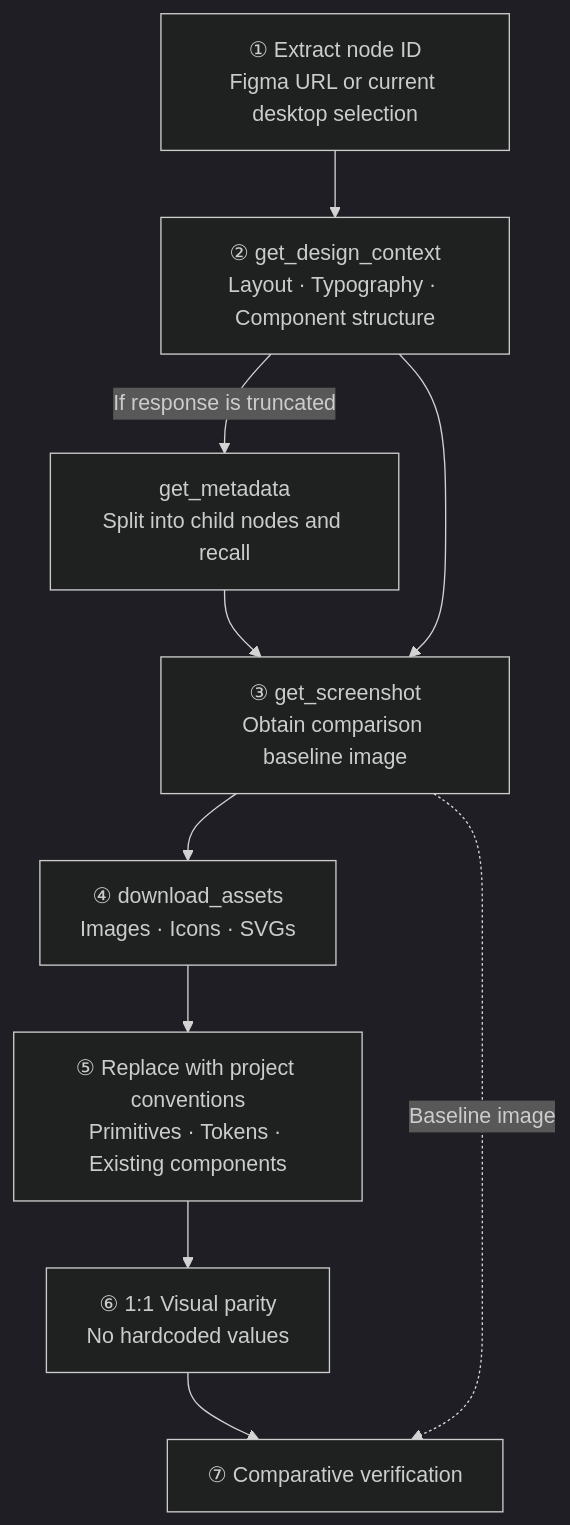
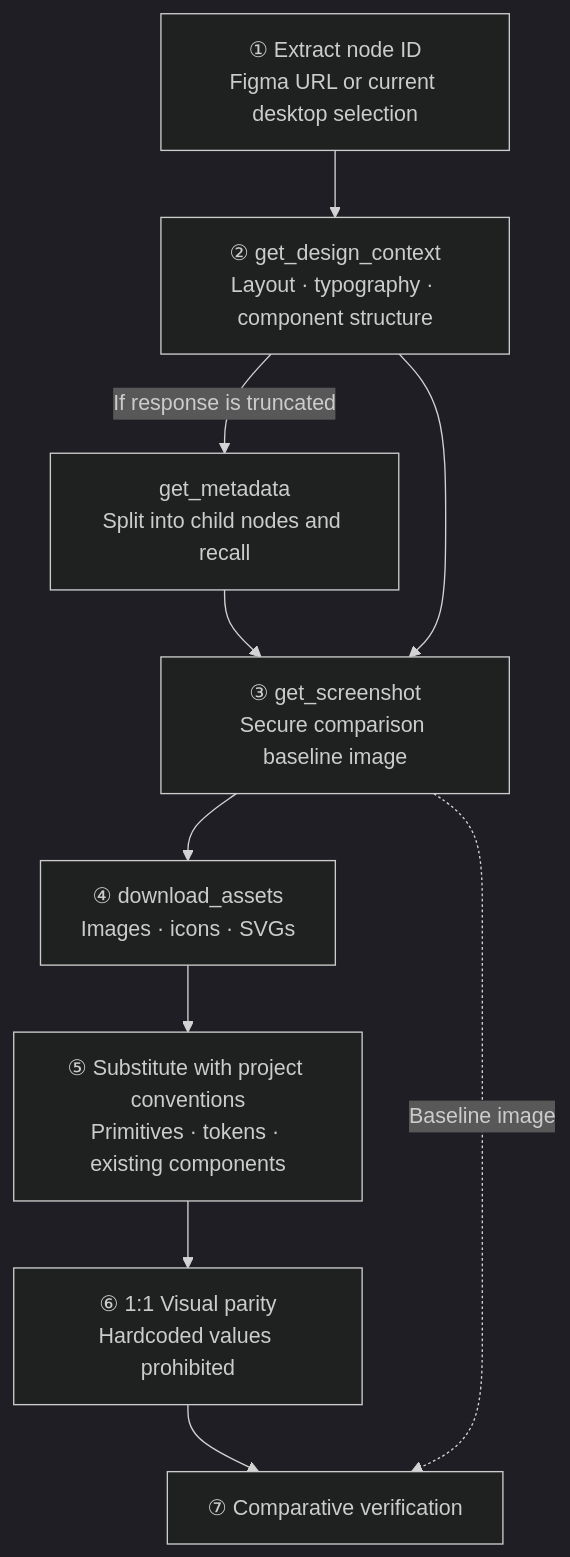
The first of 2 diagrams in content/posts/en/3ccf43437bda8012b34fd061c8744b59.mdx (realstone2/jindol-blog), drawn with Mermaid (dark theme) before and after one commit. The commit also changed other lines of this file and 2 other files, not shown here.

````diff
--- a/content/posts/en/3ccf43437bda8012b34fd061c8744b59.mdx
+++ b/content/posts/en/3ccf43437bda8012b34fd061c8744b59.mdx
@@ -78,18 +78,18 @@
 ```mermaid
 flowchart TB
   S1["① Extract node ID<br>Figma URL or current desktop selection"]
-  S2["② get_design_context<br>Layout · Typography · Component structure"]
+  S2["② get_design_context<br>Layout · typography · component structure"]
   MD["get_metadata<br>Split into child nodes and recall"]
-  S3["③ get_screenshot<br>Obtain comparison baseline image"]
-  S4["④ download_assets<br>Images · Icons · SVGs"]
-  S5["⑤ Replace with project conventions<br>Primitives · Tokens · Existing components"]
-  S6["⑥ 1:1 Visual parity<br>No hardcoded values"]
+  S3["③ get_screenshot<br>Secure comparison baseline image"]
+  S4["④ download_assets<br>Images · icons · SVGs"]
+  S5["⑤ Substitute with project conventions<br>Primitives · tokens · existing components"]
+  S6["⑥ 1:1 Visual parity<br>Hardcoded values prohibited"]
   S7["⑦ Comparative verification"]
 
   S1 --> S2
   S2 -- If response is truncated --> MD
   MD --> S3
   S2 --> S3
   S3 --> S4 --> S5 --> S6 --> S7
   S3 -. Baseline image .-> S7
 ```
````
